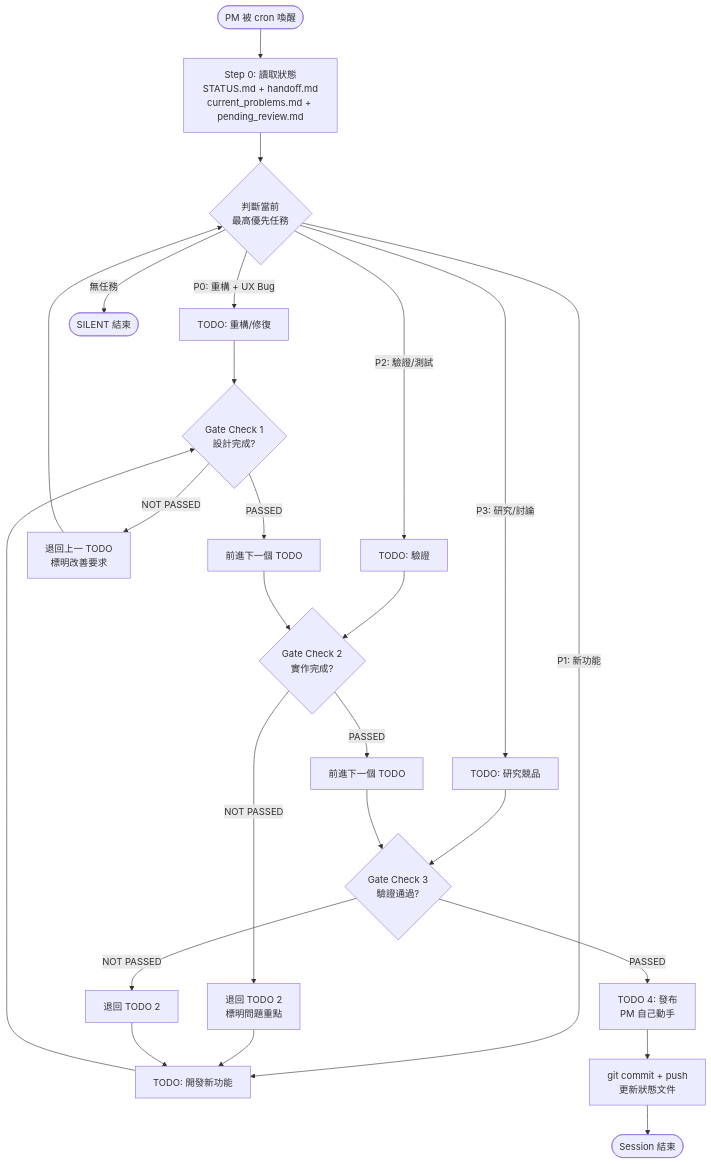
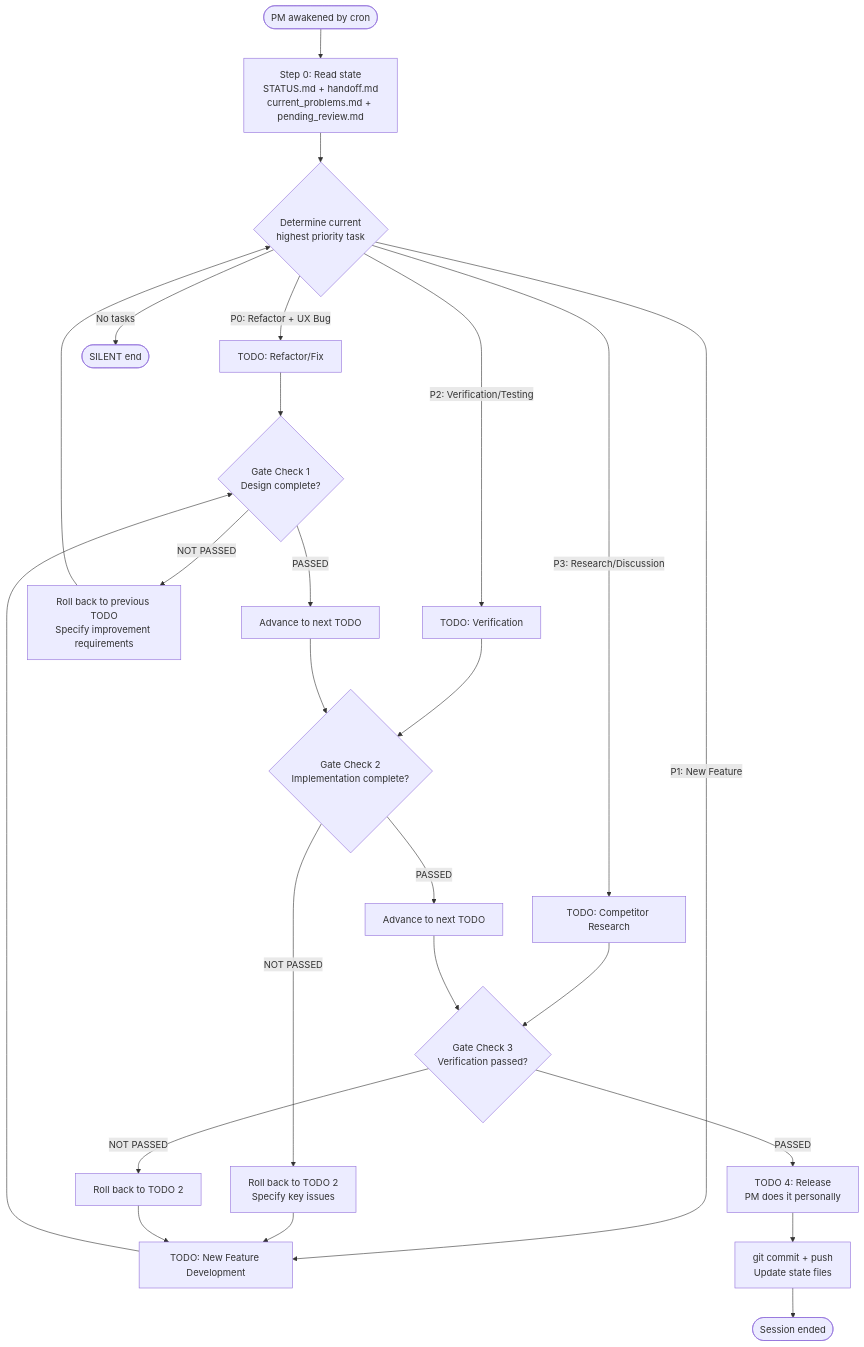
Before and after one commit to dyphn1/stock-explorer: the first of 7 diagrams in docs/diagrams/flow.md, drawn with Mermaid. The commit also changed other lines of this file and 40 other files, not shown here.

````diff
--- a/docs/diagrams/flow.md
+++ b/docs/diagrams/flow.md
@@ -10,34 +10,34 @@
 ```mermaid
 flowchart TD
-    START([PM 被 cron 喚醒]) --> READ_STATE[Step 0: 讀取狀態<br/>STATUS.md + handoff.md<br/>current_problems.md + pending_review.md]
+    START([PM awakened by cron]) --> READ_STATE[Step 0: Read state<br/>STATUS.md + handoff.md<br/>current_problems.md + pending_review.md]
 
-    READ_STATE --> CHECK_TODO{判斷當前<br/>最高優先任務}
+    READ_STATE --> CHECK_TODO{Determine current<br/>highest priority task}
 
-    CHECK_TODO -->|P0: 重構 + UX Bug| TODO_REFACTOR[TODO: 重構/修復]
-    CHECK_TODO -->|P1: 新功能| TODO_FEATURE[TODO: 開發新功能]
-    CHECK_TODO -->|P2: 驗證/測試| TODO_VERIFY[TODO: 驗證]
-    CHECK_TODO -->|P3: 研究/討論| TODO_RESEARCH[TODO: 研究競品]
-    CHECK_TODO -->|無任務| SILENT([SILENT 結束])
+    CHECK_TODO -->|P0: Refactor + UX Bug| TODO_REFACTOR[TODO: Refactor/Fix]
+    CHECK_TODO -->|P1: New Feature| TODO_FEATURE[TODO: New Feature Development]
+    CHECK_TODO -->|P2: Verification/Testing| TODO_VERIFY[TODO: Verification]
+    CHECK_TODO -->|P3: Research/Discussion| TODO_RESEARCH[TODO: Competitor Research]
+    CHECK_TODO -->|No tasks| SILENT([SILENT end])
 
-    TODO_REFACTOR --> GATE1{ Gate Check 1<br/>設計完成?}
+    TODO_REFACTOR --> GATE1{ Gate Check 1<br/>Design complete?}
     TODO_FEATURE --> GATE1
-    TODO_VERIFY --> GATE2{ Gate Check 2<br/>實作完成?}
-    TODO_RESEARCH --> GATE3{Gate Check 3<br/>驗證通過?}
+    TODO_VERIFY --> GATE2{ Gate Check 2<br/>Implementation complete?}
+    TODO_RESEARCH --> GATE3{Gate Check 3<br/>Verification passed?}
 
-    GATE1 -->|NOT PASSED| BACK1[退回上一 TODO<br/>標明改善要求]
+    GATE1 -->|NOT PASSED| BACK1[Roll back to previous TODO<br/>Specify improvement requirements]
     BACK1 --> CHECK_TODO
-    GATE1 -->|PASSED| NEXT1[前進下一個 TODO]
+    GATE1 -->|PASSED| NEXT1[Advance to next TODO]
     NEXT1 --> GATE2
 
-    GATE2 -->|NOT PASSED| BACK2[退回 TODO 2<br/>標明問題重點]
+    GATE2 -->|NOT PASSED| BACK2[Roll back to TODO 2<br/>Specify key issues]
     BACK2 --> TODO_FEATURE
-    GATE2 -->|PASSED| NEXT2[前進下一個 TODO]
+    GATE2 -->|PASSED| NEXT2[Advance to next TODO]
     NEXT2 --> GATE3
 
-    GATE3 -->|NOT PASSED| BACK3[退回 TODO 2]
+    GATE3 -->|NOT PASSED| BACK3[Roll back to TODO 2]
     BACK3 --> TODO_FEATURE
-    GATE3 -->|PASSED| TODO4[TODO 4: 發布<br/>PM 自己動手]
+    GATE3 -->|PASSED| TODO4[TODO 4: Release<br/>PM does it personally]
 
-    TODO4 --> COMMIT[git commit + push<br/>更新狀態文件]
-    COMMIT --> END([Session 結束])
+    TODO4 --> COMMIT[git commit + push<br/>Update state files]
+    COMMIT --> END([Session ended])
 ```
````
